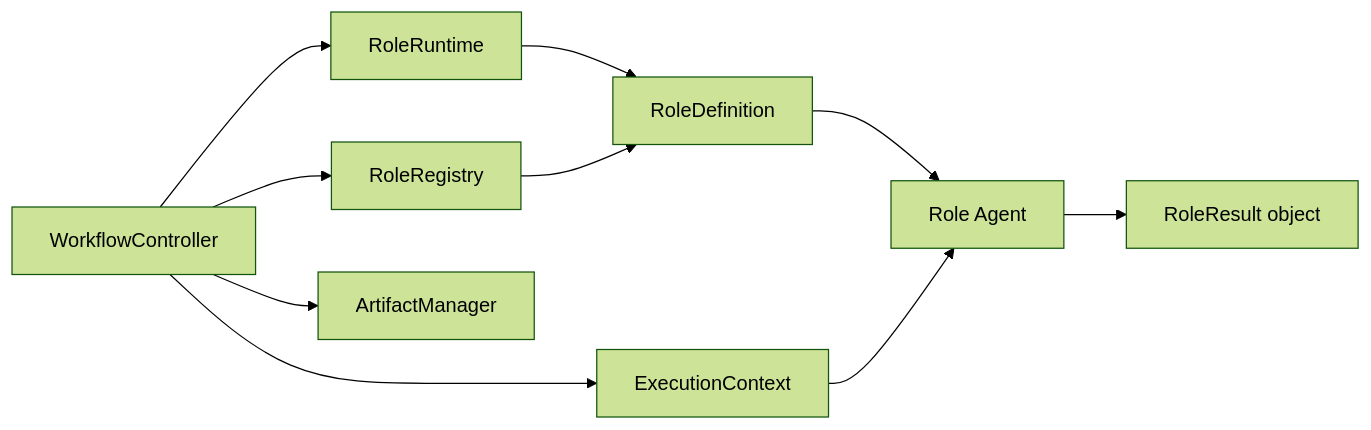
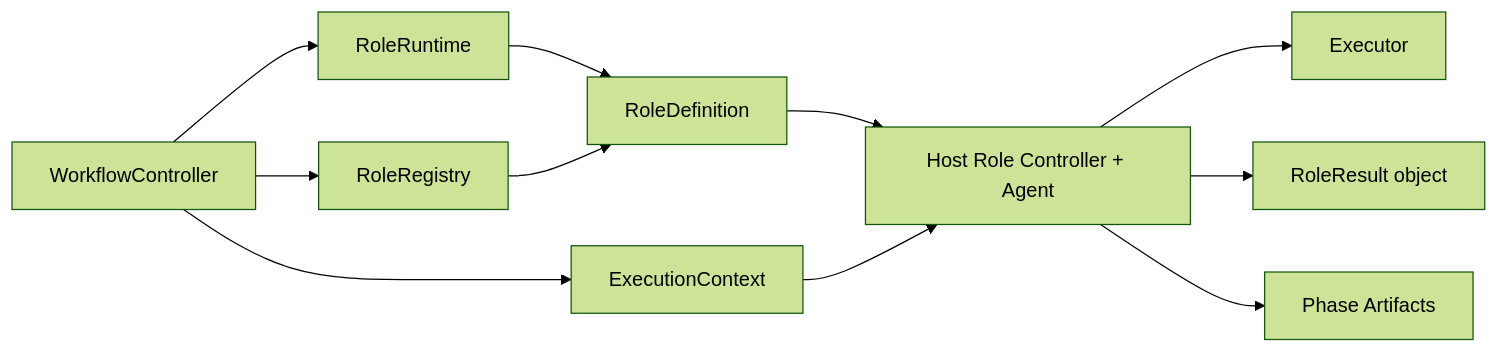
The first of 4 diagrams in roleflow/clarifications/0.1.0/default-workflow-role-layer-prd.md (AryzingKhaos/AegisFlow), drawn with Mermaid (forest theme) before and after one commit. The commit also changed other lines of this file and 7 other files, not shown here.

````diff
--- a/roleflow/clarifications/0.1.0/default-workflow-role-layer-prd.md
+++ b/roleflow/clarifications/0.1.0/default-workflow-role-layer-prd.md
@@ -119,21 +128,23 @@
 ```mermaid
 flowchart LR
     WF[WorkflowController]
     RRT[RoleRuntime]
     RR[RoleRegistry]
     RD[RoleDefinition]
-    R[Role Agent]
+    R[Host Role Controller + Agent]
+    EX[Executor]
     EC[ExecutionContext]
     RR1[RoleResult object]
-    AM[ArtifactManager]
+    ART[Phase Artifacts]
 
     WF --> RRT
     RRT --> RD
     WF --> RR
     RR --> RD
     RD --> R
+    R --> EX
     WF --> EC
     EC --> R
     R --> RR1
-    WF --> AM
+    R --> ART
 ```
````
